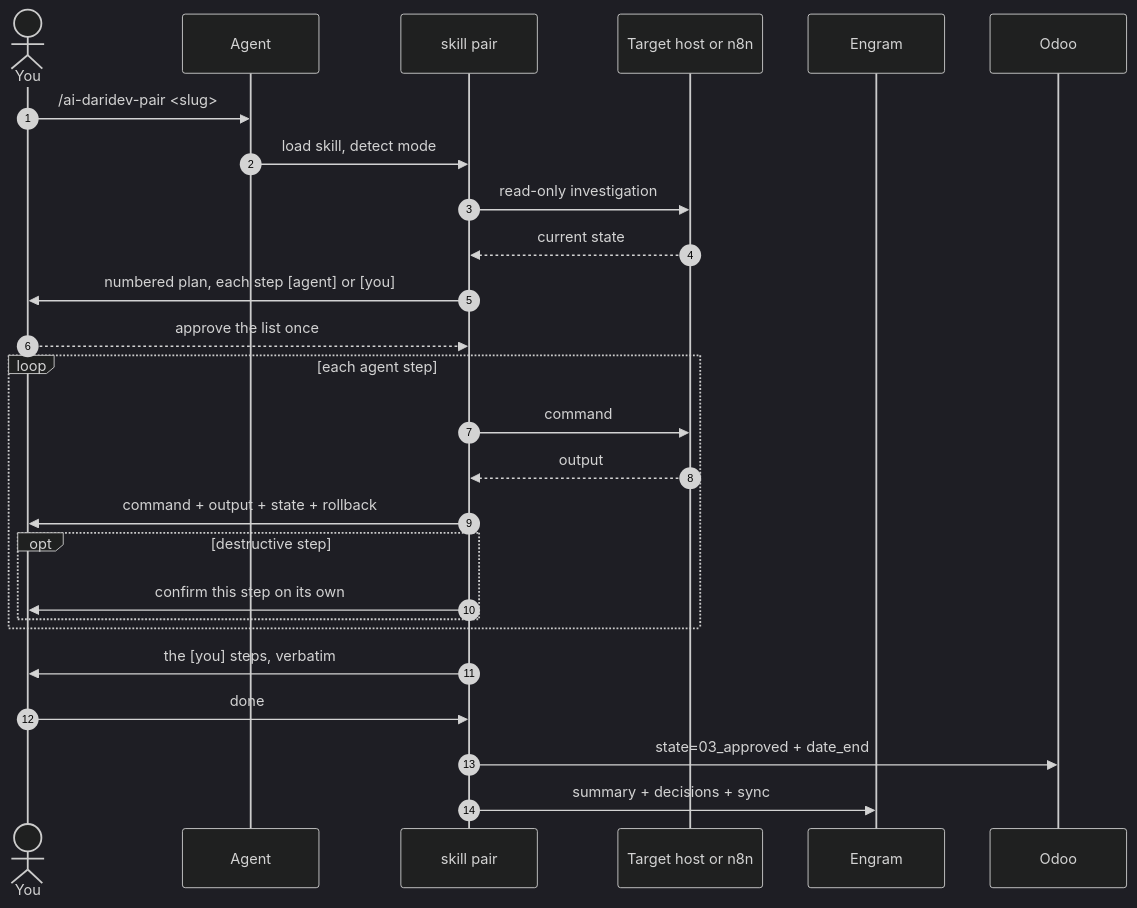
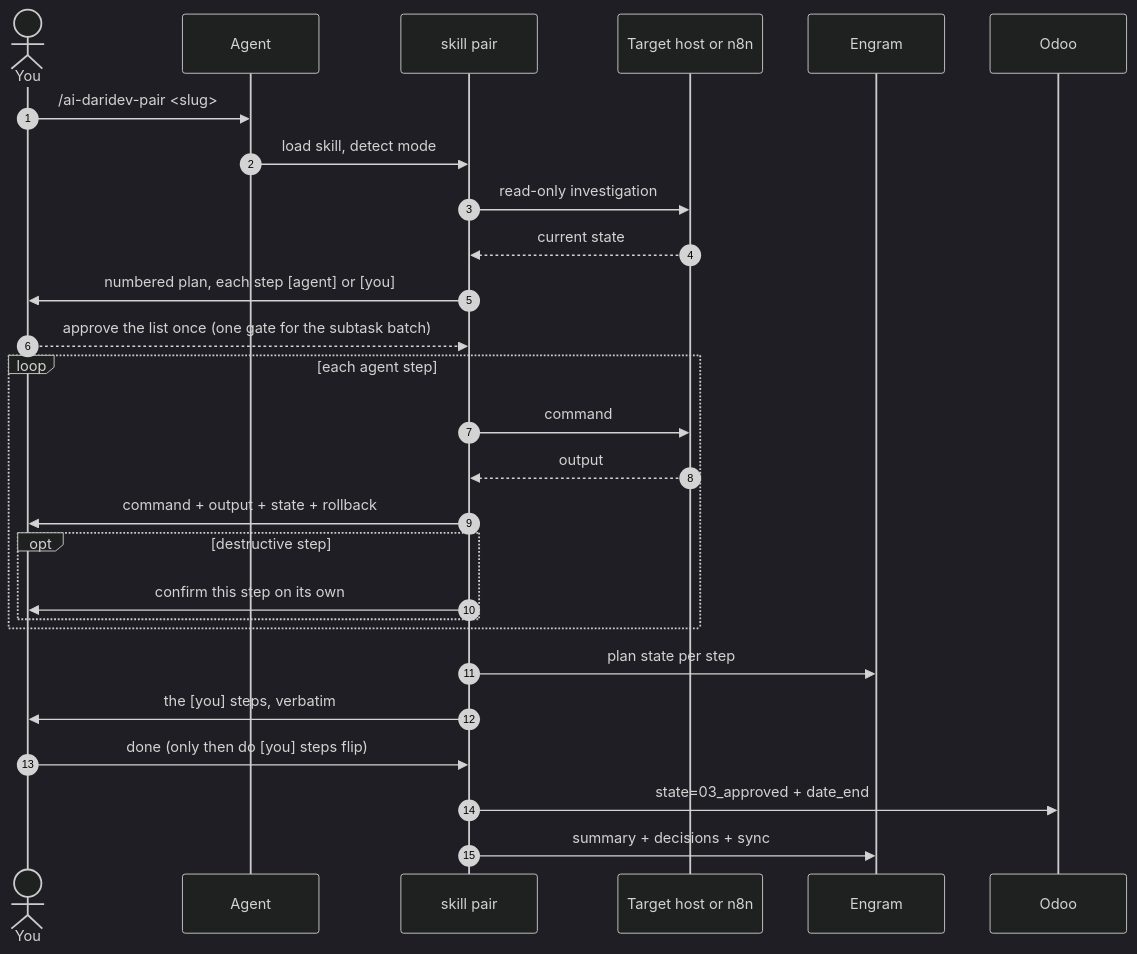
The second of 2 diagrams in docs/workflow.md (darideveloper/ai-daridev), drawn with Mermaid (dark theme) before and after one commit. The commit also changed other lines of this file and 23 other files, not shown here.

````diff
--- a/docs/workflow.md
+++ b/docs/workflow.md
@@ -91,29 +96,30 @@
 ```mermaid
 sequenceDiagram
     autonumber
     actor You
     participant A as Agent
     participant S as skill pair
     participant H as Target host or n8n
     participant E as Engram
     participant O as Odoo
 
     You->>A: /ai-daridev-pair <slug>
     A->>S: load skill, detect mode
     S->>H: read-only investigation
     H-->>S: current state
     S->>You: numbered plan, each step [agent] or [you]
-    You-->>S: approve the list once
+    You-->>S: approve the list once (one gate for the subtask batch)
     loop each agent step
         S->>H: command
         H-->>S: output
         S->>You: command + output + state + rollback
         opt destructive step
             S->>You: confirm this step on its own
         end
     end
+    S->>E: plan state per step
     S->>You: the [you] steps, verbatim
-    You->>S: done
+    You->>S: done (only then do [you] steps flip)
     S->>O: state=03_approved + date_end
     S->>E: summary + decisions + sync
 ```
````
